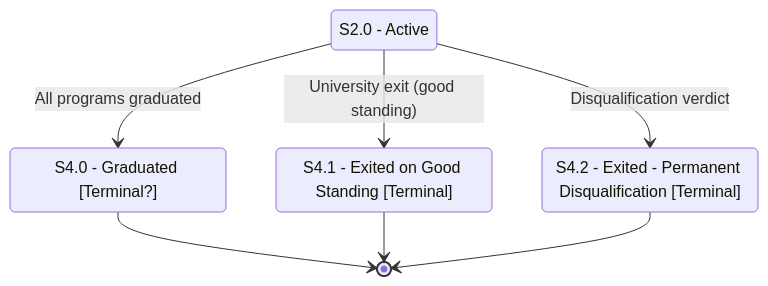
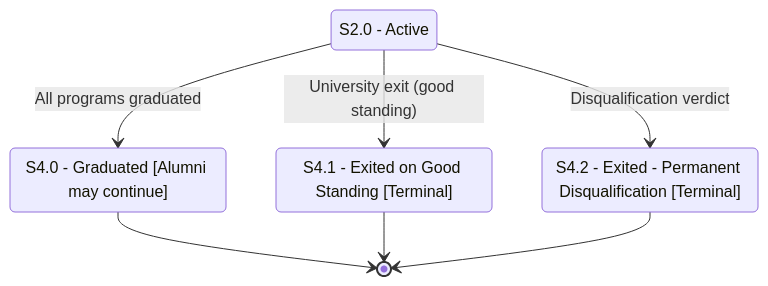
One commit to JeyyM/MSALGCM-Student-Journey changed the diagram in documentation/mermaid_diagrams/student_status/student_status_part_4_graduation_and_terminal_states.md. Above: the diagram before and after it, drawn with Mermaid. The commit also changed other lines of this file and 236 other files, not shown here.

````diff
--- a/documentation/mermaid_diagrams/student_status/student_status_part_4_graduation_and_terminal_states.md
+++ b/documentation/mermaid_diagrams/student_status/student_status_part_4_graduation_and_terminal_states.md
@@ -20,14 +22,14 @@
 ```mermaid
 stateDiagram-v2
     state "S2.0 - Active" as S2_0
-    state "S4.0 - Graduated [Terminal?]" as S4_0
+    state "S4.0 - Graduated [Alumni may continue]" as S4_0
     state "S4.1 - Exited on Good Standing [Terminal]" as S4_1
     state "S4.2 - Exited - Permanent Disqualification [Terminal]" as S4_2
 
     S2_0 --> S4_0: All programs graduated
     S2_0 --> S4_1: University exit (good standing)
     S2_0 --> S4_2: Disqualification verdict
     S4_0 --> [*]
     S4_1 --> [*]
     S4_2 --> [*]
 ```
````
